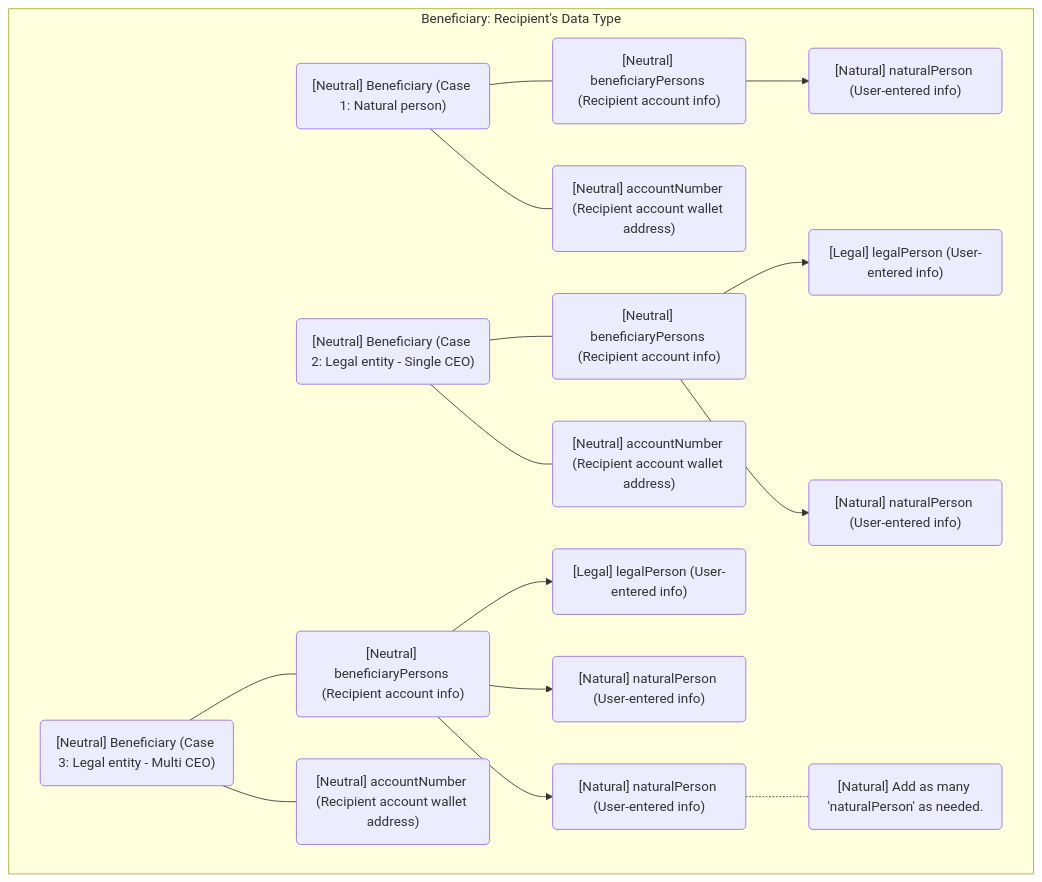
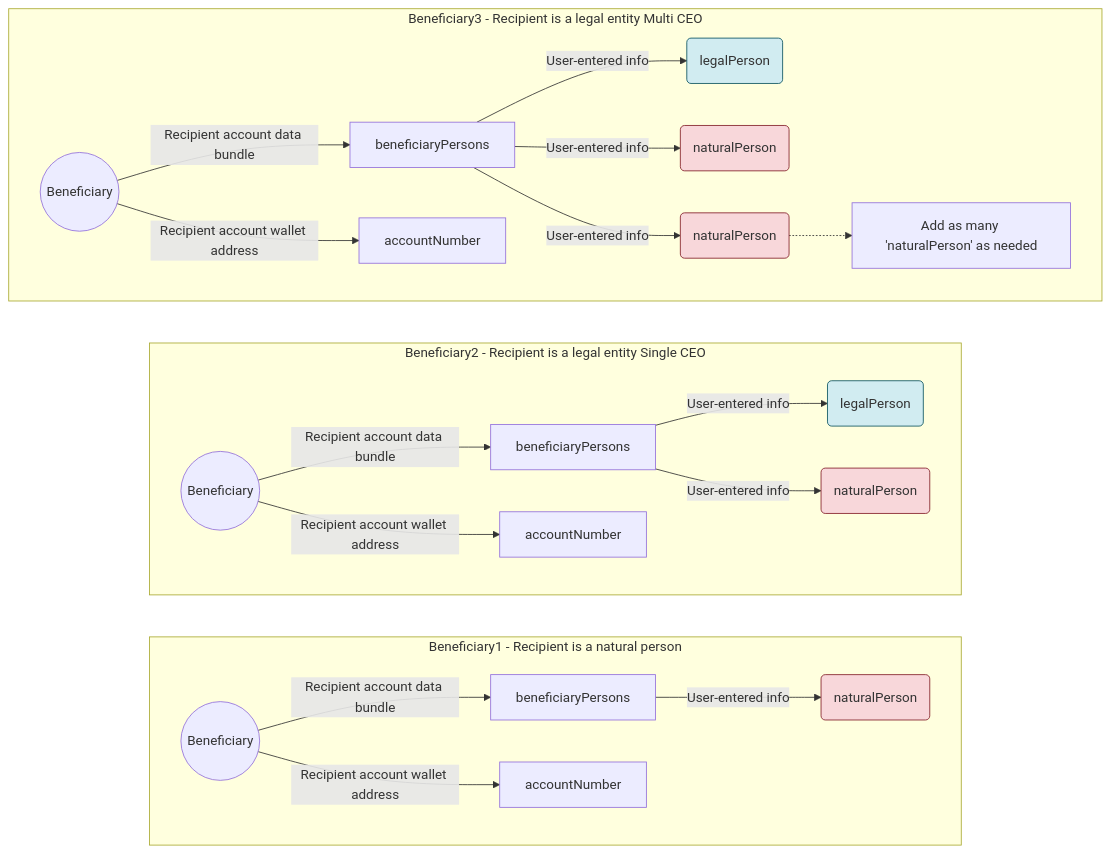
One commit to codevasp-lab/codevasp-skill changed the second of 7 diagrams in skills/codevasp-core/references/guides/3_Corporate_Travel_Rule/02_Comprehensive_Guide.md. Above: the diagram before and after it, drawn with Mermaid. The commit also changed other lines of this file and 15 other files, not shown here.

Commit message:
Normalize quotation styles and improve flowchart formatting across documentation files for consistency.

````diff
--- a/skills/codevasp-core/references/guides/3_Corporate_Travel_Rule/02_Comprehensive_Guide.md
+++ b/skills/codevasp-core/references/guides/3_Corporate_Travel_Rule/02_Comprehensive_Guide.md
@@ -45,42 +43,38 @@
 ```mermaid
-graph TD
-    subgraph Beneficiary_Recipient_Data_Type ["Beneficiary: Recipient's Data Type"]
-        %% Case 1: Natural Person
-        B1_Root("[Neutral] Beneficiary (Case 1: Natural person)")
-        B1_Persons("[Neutral] beneficiaryPersons (Recipient account info)")
-        B1_Acc("[Neutral] accountNumber (Recipient account wallet address)")
-        B1_Natural("[Natural] naturalPerson (User-entered info)")
+graph LR
+%% Scenario 1: Natural Person Recipient
+	subgraph Beneficiary1 [Beneficiary1 - Recipient is a natural person]
+		direction LR
+		B1((Beneficiary)) -- "Recipient account data bundle" --> BP1[beneficiaryPersons]
+		B1 -- "Recipient account wallet address" --> AN1[accountNumber]
+		BP1 -- "User-entered info" --> NP1(naturalPerson)
+	end
 
-        B1_Root --- B1_Persons
-        B1_Root --- B1_Acc
-        B1_Persons --> B1_Natural
+%% Scenario 2: Legal Entity Recipient (Single CEO)
+	subgraph Beneficiary2 [Beneficiary2 - Recipient is a legal entity Single CEO]
+		direction LR
+		B2((Beneficiary)) -- "Recipient account data bundle" --> BP2[beneficiaryPersons]
+		B2 -- "Recipient account wallet address" --> AN2[accountNumber]
+		BP2 -- "User-entered info" --> LP2(legalPerson)
+		BP2 -- "User-entered info" --> NP2(naturalPerson)
+	end
 
-        %% Case 2: Legal Entity (Single CEO)
-        B2_Root("[Neutral] Beneficiary (Case 2: Legal entity - Single CEO)")
-        B2_Persons("[Neutral] beneficiaryPersons (Recipient account info)")
-        B2_Acc("[Neutral] accountNumber (Recipient account wallet address)")
-        B2_Legal("[Legal] legalPerson (User-entered info)")
-        B2_Natural("[Natural] naturalPerson (User-entered info)")
+%% Scenario 3: Legal Entity Recipient (Multi CEO)
+	subgraph Beneficiary3 [Beneficiary3 - Recipient is a legal entity Multi CEO]
+		direction LR
+		B3((Beneficiary)) -- "Recipient account data bundle" --> BP3[beneficiaryPersons]
+		B3 -- "Recipient account wallet address" --> AN3[accountNumber]
+		BP3 -- "User-entered info" --> LP3(legalPerson)
+		BP3 -- "User-entered info" --> NP3a(naturalPerson)
+		BP3 -- "User-entered info" --> NP3b(naturalPerson)
+		NP3b -.-> Extra["Add as many 'naturalPerson' as needed"]
+	end
 
-        B2_Root --- B2_Persons
-        B2_Root --- B2_Acc
-        B2_Persons --> B2_Legal
-        B2_Persons --> B2_Natural
-
-        %% Case 3: Legal Entity (Multi CEO)
-        B3_Root("[Neutral] Beneficiary (Case 3: Legal entity - Multi CEO)")
-        B3_Persons("[Neutral] beneficiaryPersons (Recipient account info)")
-        B3_Acc("[Neutral] accountNumber (Recipient account wallet address)")
-        B3_Legal("[Legal] legalPerson (User-entered info)")
-        B3_Natural1("[Natural] naturalPerson (User-entered info)")
-        B3_Natural2("[Natural] naturalPerson (User-entered info)")
-        B3_Note("[Natural] Add as many 'naturalPerson' as needed.")
-
-        B3_Root --- B3_Persons
-        B3_Root --- B3_Acc
-        B3_Persons --> B3_Legal
-        B3_Persons --> B3_Natural1
-        B3_Persons --> B3_Natural2
-        B3_Natural2 -.- B3_Note
-    end
+%% Styling to match the visual cues
+	style NP1 fill:#f8d7da,stroke:#842029
+	style NP2 fill:#f8d7da,stroke:#842029
+	style NP3a fill:#f8d7da,stroke:#842029
+	style NP3b fill:#f8d7da,stroke:#842029
+	style LP2 fill:#d1ecf1,stroke:#0c5460
+	style LP3 fill:#d1ecf1,stroke:#0c5460
 ```
````
